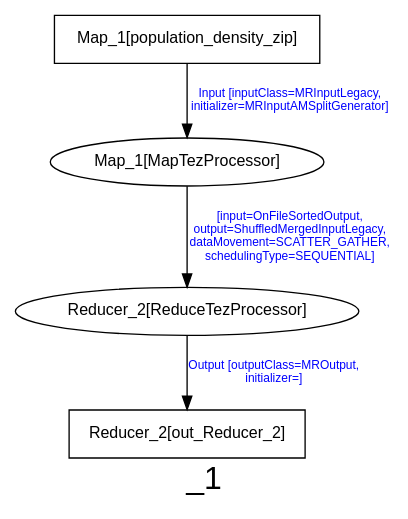
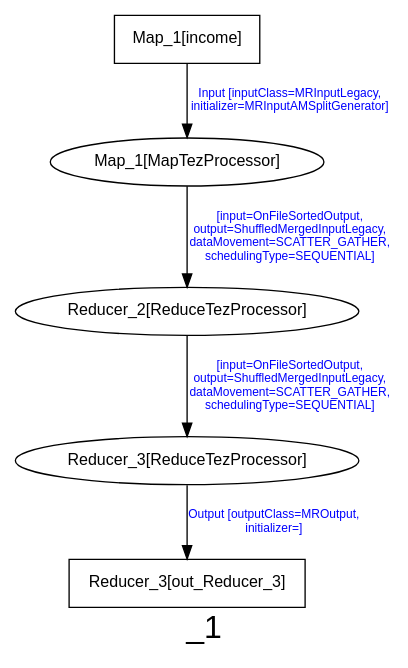
Before and after one commit to jwang93/Tez: the diagram in benchmarks/benchmark 3/logs/dot/tez_dag_1.dot, drawn with Graphviz. The commit also changed 20 other files, not shown here.

```diff
--- a/benchmarks/benchmark 3/logs/dot/tez_dag_1.dot
+++ b/benchmarks/benchmark 3/logs/dot/tez_dag_1.dot
@@ -1,12 +1,14 @@
 digraph _1 {
 graph [ label="_1", fontsize=24, fontname=Helvetica];
 node [fontsize=12, fontname=Helvetica];
 edge [fontsize=9, fontcolor=blue, fontname=Arial];
-"_1.Reducer_2" [ label = "Reducer_2[ReduceTezProcessor]" ];
-"_1.Reducer_2" -> "_1.Reducer_2_out_Reducer_2" [ label = "Output [outputClass=MROutput,\n initializer=]" ];
-"_1.Reducer_2_out_Reducer_2" [ label = "Reducer_2[out_Reducer_2]", shape = "box" ];
 "_1.Map_1" [ label = "Map_1[MapTezProcessor]" ];
 "_1.Map_1" -> "_1.Reducer_2" [ label = "[input=OnFileSortedOutput,\n output=ShuffledMergedInputLegacy,\n dataMovement=SCATTER_GATHER,\n schedulingType=SEQUENTIAL]" ];
-"_1.Map_1_population_density_zip" [ label = "Map_1[population_density_zip]", shape = "box" ];
-"_1.Map_1_population_density_zip" -> "_1.Map_1" [ label = "Input [inputClass=MRInputLegacy,\n initializer=MRInputAMSplitGenerator]" ];
+"_1.Reducer_3" [ label = "Reducer_3[ReduceTezProcessor]" ];
+"_1.Reducer_3" -> "_1.Reducer_3_out_Reducer_3" [ label = "Output [outputClass=MROutput,\n initializer=]" ];
+"_1.Map_1_income" [ label = "Map_1[income]", shape = "box" ];
+"_1.Map_1_income" -> "_1.Map_1" [ label = "Input [inputClass=MRInputLegacy,\n initializer=MRInputAMSplitGenerator]" ];
+"_1.Reducer_2" [ label = "Reducer_2[ReduceTezProcessor]" ];
+"_1.Reducer_2" -> "_1.Reducer_3" [ label = "[input=OnFileSortedOutput,\n output=ShuffledMergedInputLegacy,\n dataMovement=SCATTER_GATHER,\n schedulingType=SEQUENTIAL]" ];
+"_1.Reducer_3_out_Reducer_3" [ label = "Reducer_3[out_Reducer_3]", shape = "box" ];
 }
```
